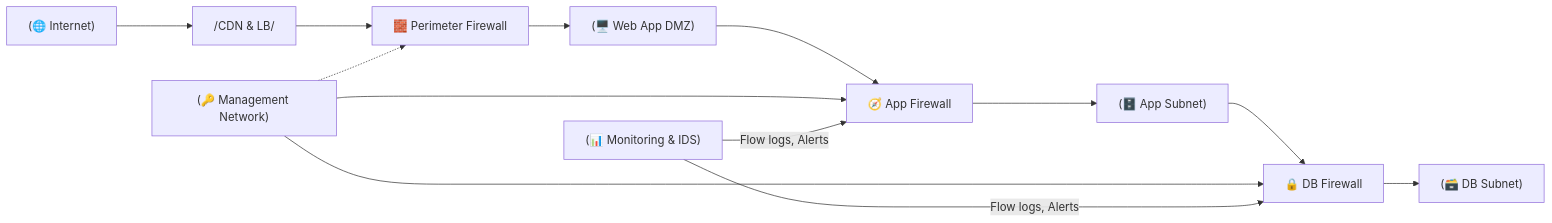
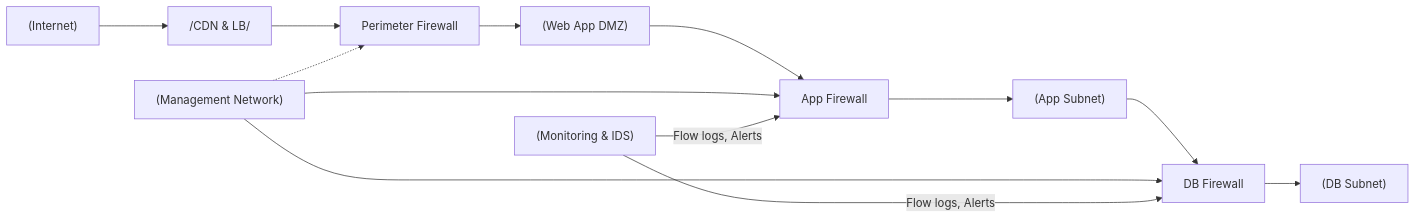
Before and after one commit to Charikshith/Learing_System_Design: diagram 12 of 14 in System_Design/10 - Security in System Design – Principles, Practices & Protocols.md, drawn with Mermaid. The commit also changed other lines of this file and 41 other files, not shown here.

````diff
--- a/System_Design/10 - Security in System Design – Principles, Practices & Protocols.md
+++ b/System_Design/10 - Security in System Design – Principles, Practices & Protocols.md
@@ -1493,28 +968,28 @@
 ```mermaid
 flowchart LR
-  Internet["(🌐 Internet)"]
-  PerimeterFW["🧱 Perimeter Firewall"]
+  Internet["(Internet)"]
+  PerimeterFW["Perimeter Firewall"]
   CDN["/CDN & LB/"]
-  DMZ1["(🖥️ Web App DMZ)"]
-  AppFW["🧭 App Firewall"]
-  AppSubnet["(🗄️ App Subnet)"]
-  DBFW["🔒 DB Firewall"]
-  DBSubnet["(🗃️ DB Subnet)"]
-  Mgmt["(🔑 Management Network)"]
-  Monitoring["(📊 Monitoring & IDS)"]
+  DMZ1["(Web App DMZ)"]
+  AppFW["App Firewall"]
+  AppSubnet["(App Subnet)"]
+  DBFW["DB Firewall"]
+  DBSubnet["(DB Subnet)"]
+  Mgmt["(Management Network)"]
+  Monitoring["(Monitoring & IDS)"]
 
   Internet --> CDN
   CDN --> PerimeterFW
   PerimeterFW --> DMZ1
   DMZ1 --> AppFW
   AppFW --> AppSubnet
   AppSubnet --> DBFW
   DBFW --> DBSubnet
 
   Mgmt -.-> PerimeterFW
   Mgmt --> AppFW
   Mgmt --> DBFW
 
   Monitoring -->|Flow logs, Alerts| AppFW
   Monitoring -->|Flow logs, Alerts| DBFW
 ```
````
